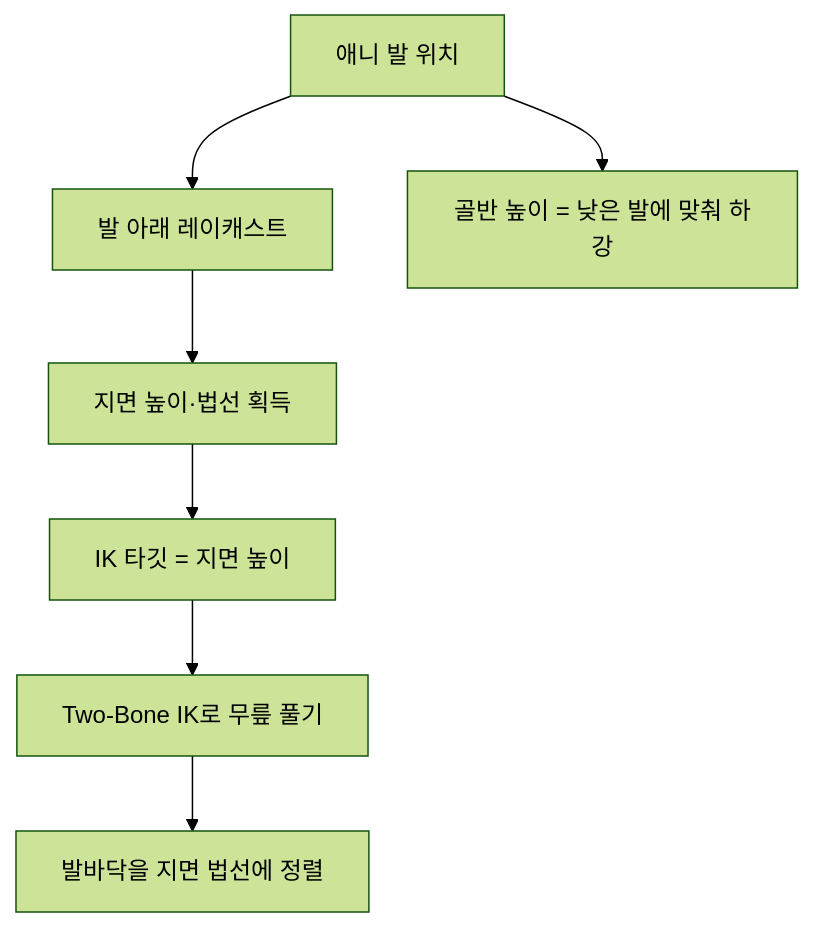
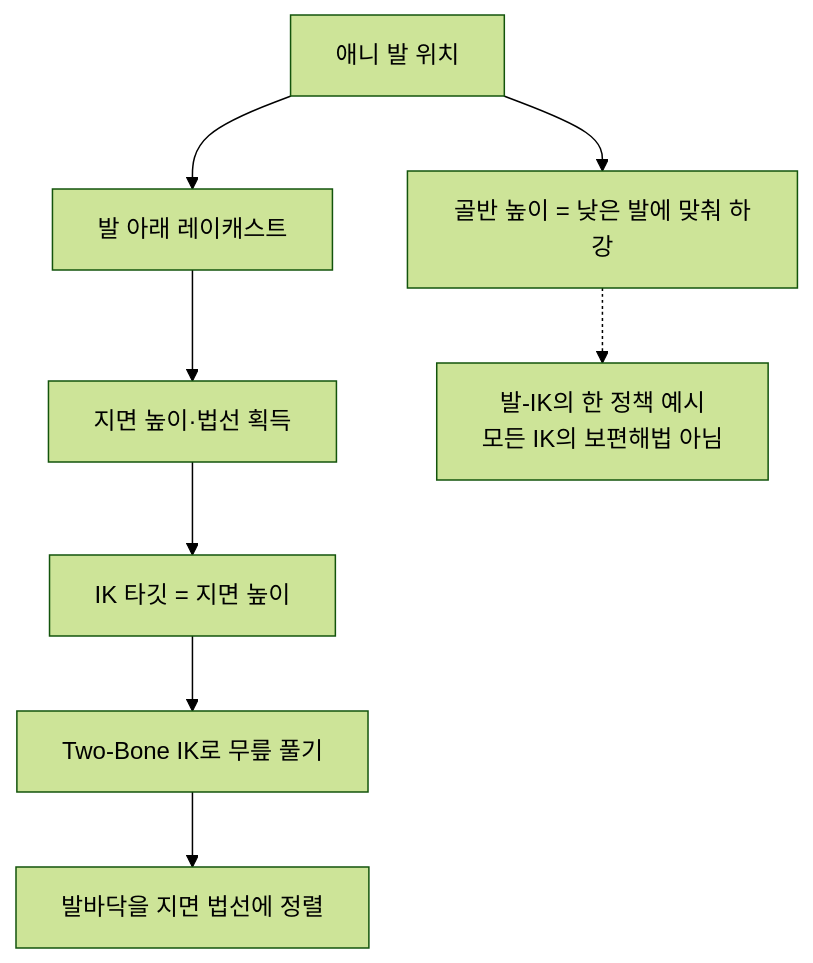
One commit to Rein-ArXiv/game-dev-curriculum changed the fifth of 6 diagrams in engine/part02_animation.md. Above: the diagram before and after it, drawn with Mermaid (forest theme). The commit also changed other lines of this file and 279 other files, not shown here.

````diff
--- a/engine/part02_animation.md
+++ b/engine/part02_animation.md
@@ -488,9 +513,9 @@
 ```mermaid
 flowchart TB
     A[애니 발 위치] --> R[발 아래 레이캐스트]
     R --> H[지면 높이·법선 획득]
     H --> T[IK 타깃 = 지면 높이]
     T --> IK[Two-Bone IK로 무릎 풀기]
     IK --> N[발바닥을 지면 법선에 정렬]
-    A --> Hip[골반 높이 = 낮은 발에 맞춰 하강]
+    A --> Hip[골반 높이 = 낮은 발에 맞춰 하강]; Hip -.-> FootIKNote[발-IK의 한 정책 예시<br/>모든 IK의 보편해법 아님]
 ```
````
